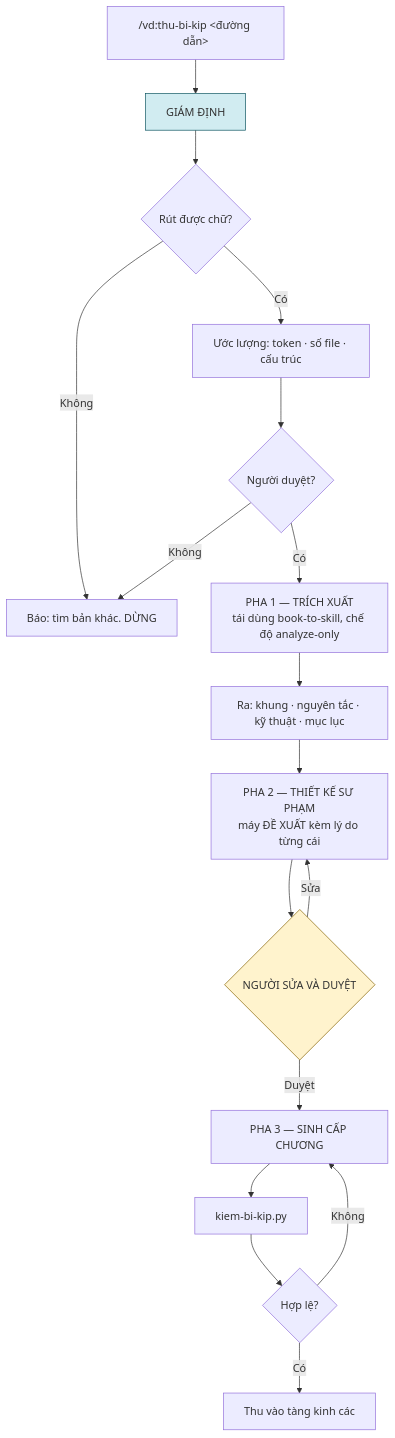
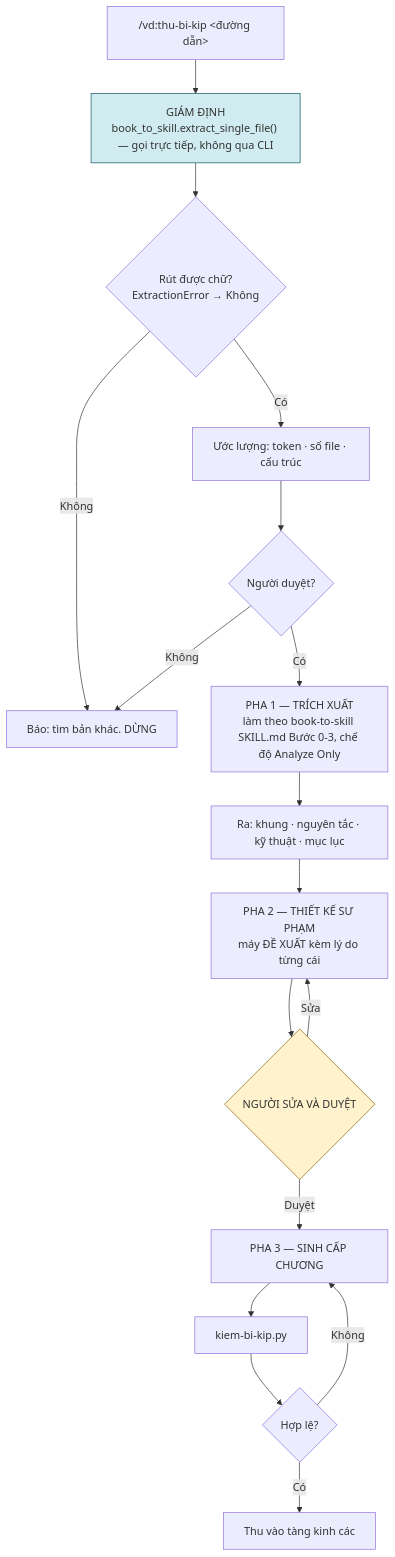
One commit to hanh9898/van-dao-workspace changed the eighth of 13 diagrams in docs/VAN-DAO-dac-ta-v1.0.md. Above: the diagram before and after it, drawn with Mermaid. The commit also changed other lines of this file and 1 other file, not shown here.

````diff
--- a/docs/VAN-DAO-dac-ta-v1.0.md
+++ b/docs/VAN-DAO-dac-ta-v1.0.md
@@ -948,21 +948,21 @@
 ```mermaid
 flowchart TD
-    A["/vd:thu-bi-kip <đường dẫn>"] --> G["GIÁM ĐỊNH"]
-    G --> G2{"Rút được chữ?"}
+    A["/vd:thu-bi-kip <đường dẫn>"] --> G["GIÁM ĐỊNH<br/>book_to_skill.extract_single_file() — gọi trực tiếp, không qua CLI"]
+    G --> G2{"Rút được chữ?<br/>ExtractionError → Không"}
     G2 -->|Không| Z["Báo: tìm bản khác. DỪNG"]
     G2 -->|Có| B["Ước lượng: token · số file · cấu trúc"]
     B --> C{"Người duyệt?"}
     C -->|Không| Z
-    C -->|Có| D["PHA 1 — TRÍCH XUẤT<br/>tái dùng book-to-skill, chế độ analyze-only"]
+    C -->|Có| D["PHA 1 — TRÍCH XUẤT<br/>làm theo book-to-skill SKILL.md Bước 0-3, chế độ Analyze Only"]
     D --> E["Ra: khung · nguyên tắc · kỹ thuật · mục lục"]
     E --> F["PHA 2 — THIẾT KẾ SƯ PHẠM<br/>máy ĐỀ XUẤT kèm lý do từng cái"]
     F --> H{"NGƯỜI SỬA VÀ DUYỆT"}
     H -->|Sửa| F
     H -->|Duyệt| I["PHA 3 — SINH CẤP CHƯƠNG"]
     I --> J["kiem-bi-kip.py"]
     J --> K{"Hợp lệ?"}
     K -->|Không| I
     K -->|Có| L["Thu vào tàng kinh các"]
     style H fill:#fff3cd,stroke:#856404
     style G fill:#d1ecf1,stroke:#0c5460
 ```
````
